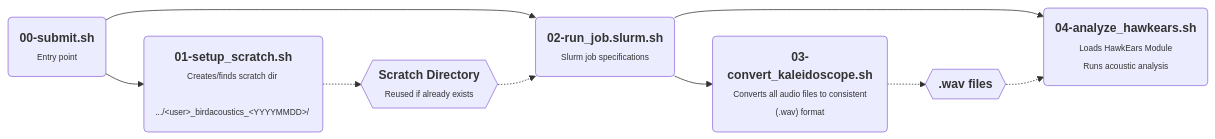
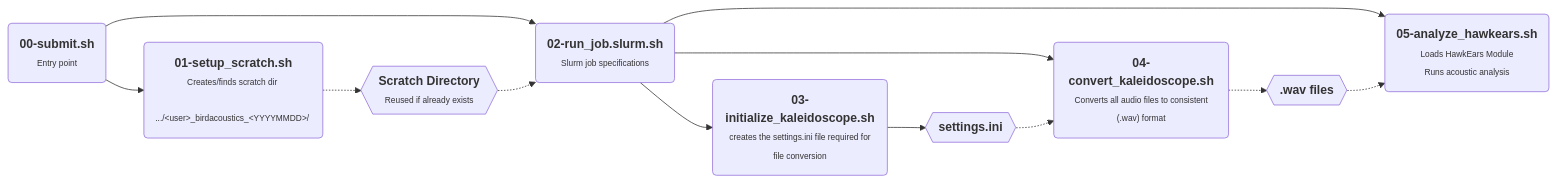
The diagram in README.md (SamLokanc/birdacoustics), drawn with Mermaid before and after one commit. The commit also changed other lines of this file, not shown here.

Commit message:
add initialize kaleidoscope script to readme

````diff
--- a/README.md
+++ b/README.md
@@ -19,25 +20,32 @@
 ```mermaid
 flowchart LR
     A("`**00-submit.sh**
     <span style='font-size: 11px;'>Entry point</span>`")
     B("`**01-setup_scratch.sh**
     <span style='font-size: 11px;'>Creates/finds scratch dir </br> .../&ltuser&gt\_birdacoustics\_&ltYYYYMMDD&gt/ </span>`")
     C{{"`**Scratch Directory**
     <span style='font-size: 11px;'> Reused if already exists </span>`"}}
     D("`**02-run_job.slurm.sh**
     <span style='font-size: 11px;'> Slurm job specifications </span>`")
-    E("`**04-analyze_hawkears.sh**
+    E("`**05-analyze_hawkears.sh**
     <span style='font-size: 11px;'> Loads HawkEars Module </br> Runs acoustic analysis</span>`")
-    F("`**03-convert_kaleidoscope.sh**
+    F("`**04-convert_kaleidoscope.sh**
     <span style='font-size: 11px;'> Converts all audio files to consistent (.wav) format</span>`")
     G{{"`**.wav files**`"}}
+    H("`**03-initialize_kaleidoscope.sh**
+    <span style='font-size: 11px;'> creates the settings.ini file required for file conversion</span>`")
+    I{{"`**settings.ini**`"}}
+
 
     A --> B 
     A --> D
     B -.-> C
     C -.-> D
     D --> E
     D --> F
+    D --> H
+    H --> I
+    I -.-> F
     F -.-> G
     G -.-> E
 ```
````
